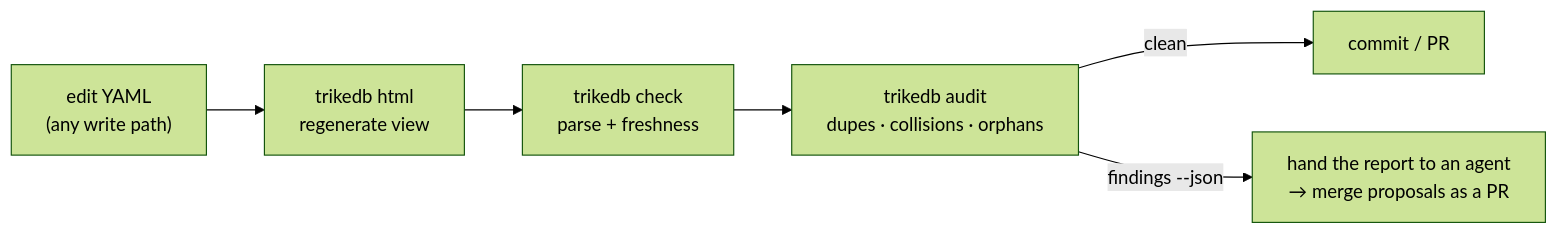
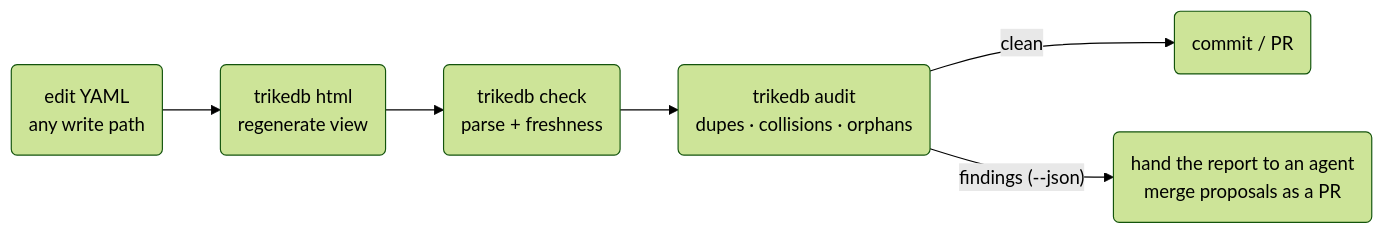
Before and after one commit to RyutoYoda/trikedb: the second of 2 diagrams in docs/REFERENCE.md, drawn with Mermaid (forest theme). The commit also changed other lines of this file and 1 other file, not shown here.

Commit message:
docs: COA-style left-to-right diagrams with rounded nodes (Ingest -> Store -> Serve -> consumers)

````diff
--- a/docs/REFERENCE.md
+++ b/docs/REFERENCE.md
@@ -196,8 +206,8 @@
 ```mermaid
 flowchart LR
-    E["edit YAML<br/>(any write path)"] --> G["trikedb html<br/>regenerate view"]
-    G --> C["trikedb check<br/>parse + freshness"]
-    C --> A["trikedb audit<br/>dupes · collisions · orphans"]
-    A -->|clean| PR["commit / PR"]
-    A -->|findings --json| LLM["hand the report to an agent<br/>→ merge proposals as a PR"]
+    E("edit YAML<br/>any write path") --> G("trikedb html<br/>regenerate view")
+    G --> C("trikedb check<br/>parse + freshness")
+    C --> A("trikedb audit<br/>dupes · collisions · orphans")
+    A -->|clean| PR("commit / PR")
+    A -->|"findings (--json)"| LLM("hand the report to an agent<br/>merge proposals as a PR")
 ```
````
